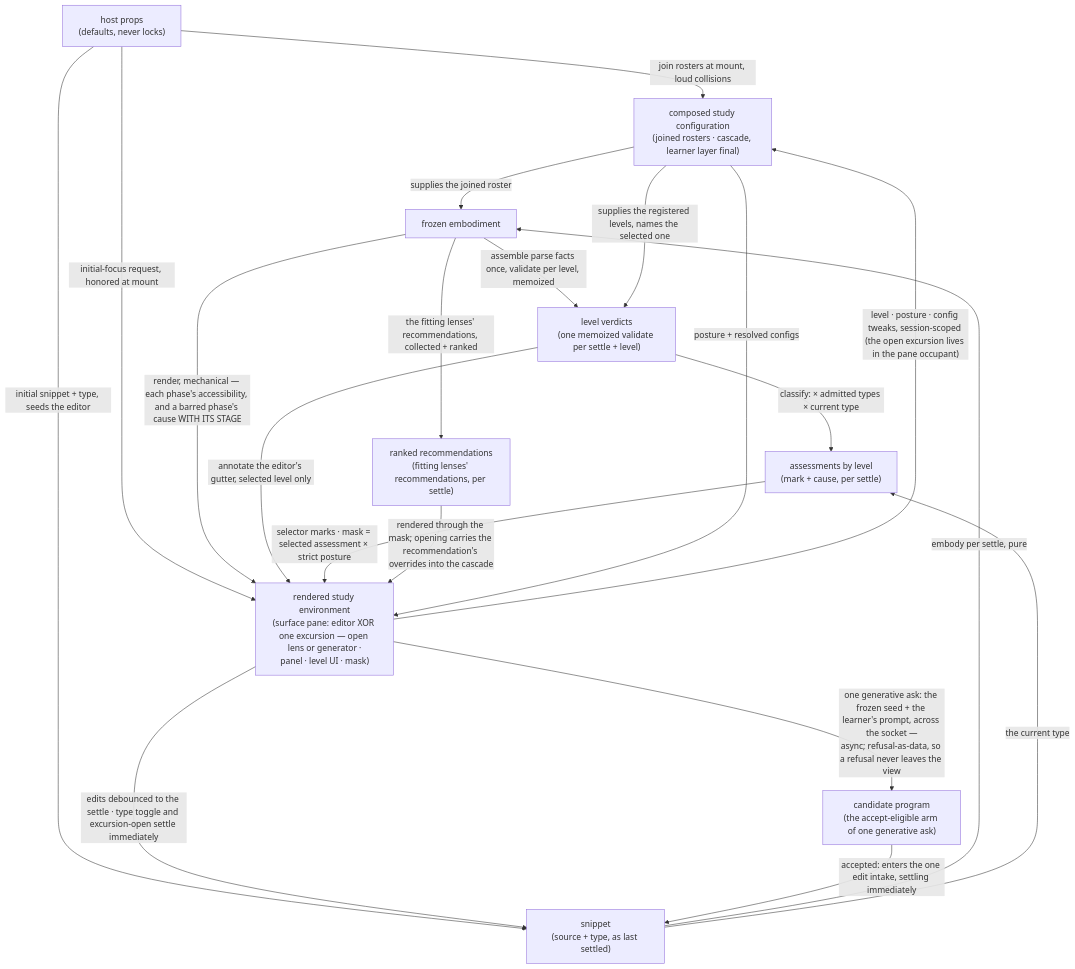
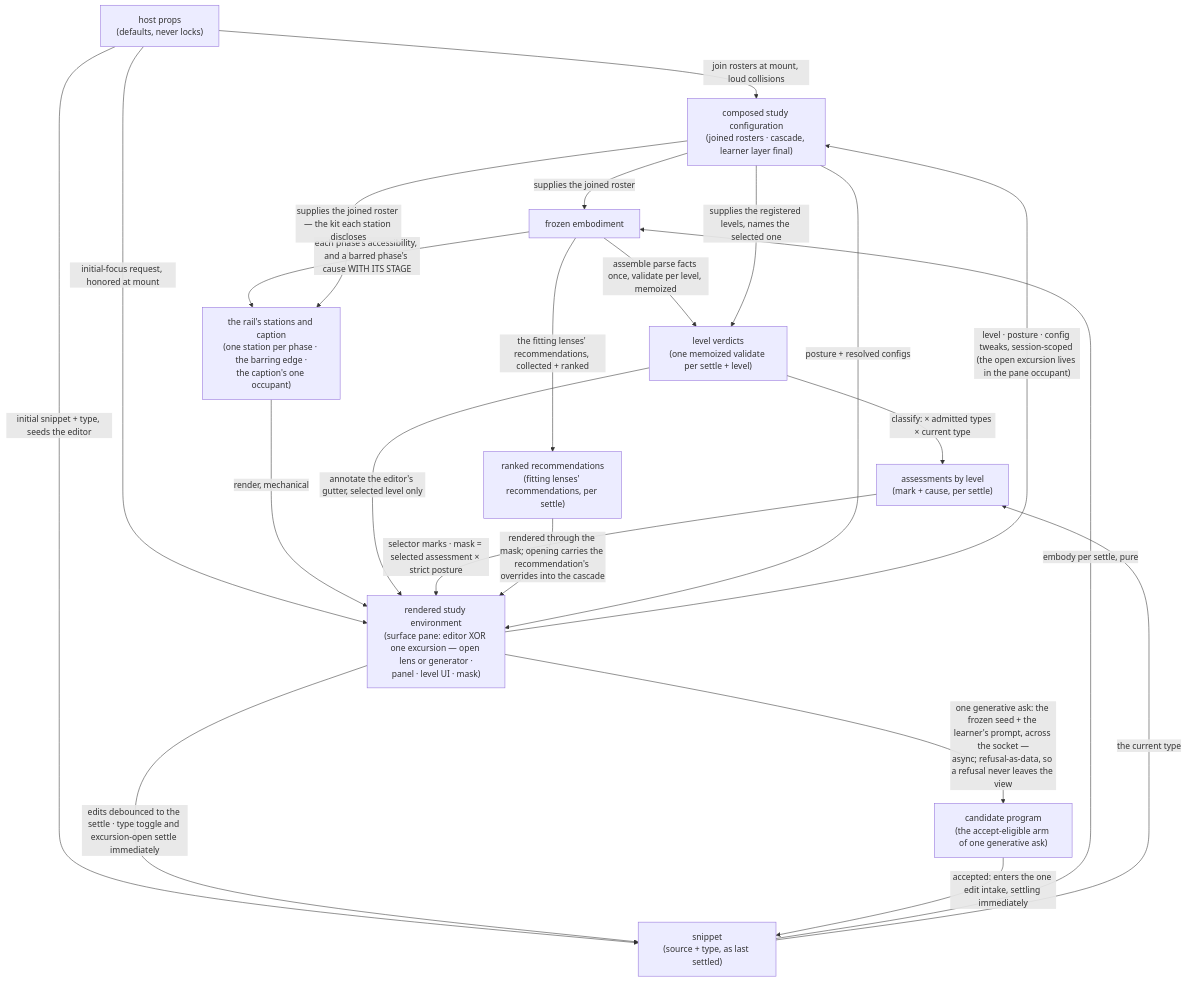
The first of 2 diagrams in src/lib/study-lenses/orchestrate/DOCS.md (codeschoolinabox/curricula), drawn with Mermaid before and after one commit. The commit also changed other lines of this file and 4 other files, not shown here.

First line of the commit message:
docs: the rail's contract, its sketch and its suite — and the clause list the AR-2 brief was built from is one short

````diff
--- a/src/lib/study-lenses/orchestrate/DOCS.md
+++ b/src/lib/study-lenses/orchestrate/DOCS.md
@@ -67,31 +74,34 @@
 ```mermaid
 flowchart TD
     PROPS["host props<br/>(defaults, never locks)"]
     CFG["composed study configuration<br/>(joined rosters · cascade, learner layer final)"]
     SNP["snippet<br/>(source + type, as last settled)"]
     EMB["frozen embodiment"]
     VER["level verdicts<br/>(one memoized validate per settle + level)"]
     MARKS["assessments by level<br/>(mark + cause, per settle)"]
     RECS["ranked recommendations<br/>(fitting lenses' recommendations, per settle)"]
+    STA["the rail's stations and caption<br/>(one station per phase · the barring edge ·<br/>the caption's one occupant)"]
     SUR["rendered study environment<br/>(surface pane: editor XOR one excursion — open lens or generator ·<br/>panel · level UI · mask)"]
     CANDIDATE["candidate program<br/>(the accept-eligible arm of one generative ask)"]
     PROPS -->|"join rosters at mount, loud collisions"| CFG
     PROPS -->|"initial snippet + type, seeds the editor"| SNP
     PROPS -->|"initial-focus request, honored at mount"| SUR
     SNP -->|"embody per settle, pure"| EMB
     CFG -->|"supplies the joined roster"| EMB
     EMB -->|"assemble parse facts once, validate per level, memoized"| VER
     CFG -->|"supplies the registered levels, names the selected one"| VER
     VER -->|"classify: × admitted types × current type"| MARKS
     SNP -->|"the current type"| MARKS
-    EMB -->|"render, mechanical — each phase's accessibility, and a barred phase's cause WITH ITS STAGE"| SUR
+    EMB -->|"each phase's accessibility, and a barred phase's cause WITH ITS STAGE"| STA
+    CFG -->|"supplies the joined roster — the kit each station discloses"| STA
+    STA -->|"render, mechanical"| SUR
     VER -->|"annotate the editor's gutter, selected level only"| SUR
     MARKS -->|"selector marks · mask = selected assessment × strict posture"| SUR
     EMB -->|"the fitting lenses' recommendations, collected + ranked"| RECS
     RECS -->|"rendered through the mask; opening carries the recommendation's overrides into the cascade"| SUR
     CFG -->|"posture + resolved configs"| SUR
     SUR -->|"edits debounced to the settle · type toggle and excursion-open settle immediately"| SNP
     SUR -->|"level · posture · config tweaks, session-scoped (the open excursion lives in the pane occupant)"| CFG
     SUR -->|"one generative ask: the frozen seed + the learner's prompt, across the socket —<br/>async; refusal-as-data, so a refusal never leaves the view"| CANDIDATE
     CANDIDATE -->|"accepted: enters the one edit intake, settling immediately"| SNP
 ```
````
